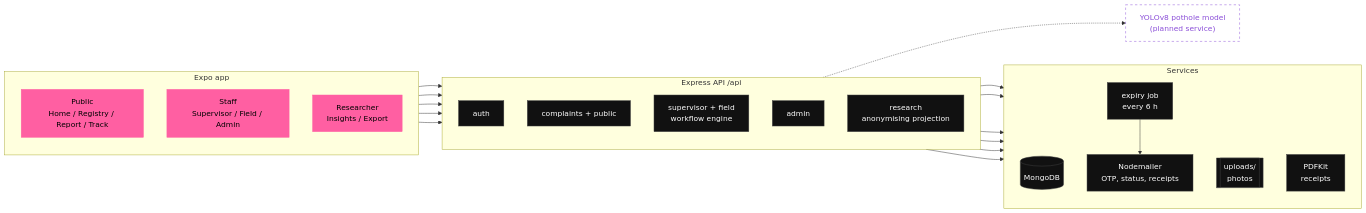
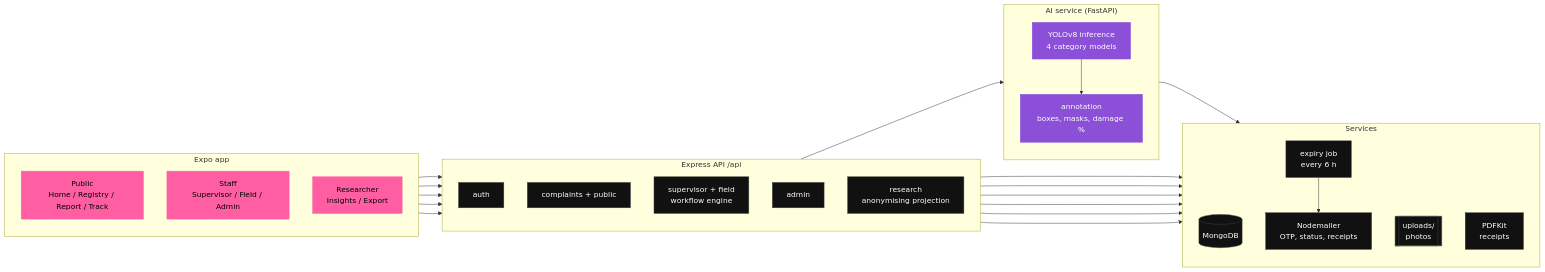
The second of 2 diagrams in README.md (pizzaparth/urbanfix), drawn with Mermaid before and after one commit. The commit also changed other lines of this file and 11 other files, not shown here.

````diff
--- a/README.md
+++ b/README.md
@@ -213,46 +236,52 @@
 ```mermaid
 flowchart LR
     subgraph Client["Expo app"]
         direction TB
         P["Public<br/>Home / Registry / Report / Track"]
         S["Staff<br/>Supervisor / Field / Admin"]
         R["Researcher<br/>Insights / Export"]
     end
 
     subgraph API["Express API  /api"]
         direction TB
         AU["auth"]
         CO["complaints + public"]
         WF["supervisor + field<br/>workflow engine"]
         AD["admin"]
         RS["research<br/>anonymising projection"]
     end
 
     subgraph Infra["Services"]
         direction TB
         DB[("MongoDB")]
         UP[["uploads/<br/>photos"]]
         ML["Nodemailer<br/>OTP, status, receipts"]
         PDF["PDFKit<br/>receipts"]
         JOB["expiry job<br/>every 6 h"]
     end
 
-    AI["YOLOv8 pothole model<br/>(planned service)"]
+    subgraph AIS["AI service  (FastAPI)"]
+        direction TB
+        AI["YOLOv8 inference<br/>4 category models"]
+        ANN["annotation<br/>boxes, masks, damage %"]
+    end
 
     P --> AU & CO
     S --> WF & AD
     R --> RS
     API --> DB
     CO & WF --> UP
     CO & WF --> ML
     WF --> PDF
     JOB --> ML
-    CO -.-> AI
+    CO --> AI
+    AI --> ANN
+    ANN --> UP
 
     classDef pink fill:#FF5FA2,stroke:#FF5FA2,color:#000
     classDef dark fill:#111,stroke:#444,color:#fff
-    classDef ghost fill:transparent,stroke:#8B4FD8,color:#8B4FD8,stroke-dasharray:5 5
+    classDef ai fill:#8B4FD8,stroke:#8B4FD8,color:#fff
     class P,S,R pink
     class AU,CO,WF,AD,RS,DB,UP,ML,PDF,JOB dark
-    class AI ghost
+    class AI,ANN ai
 ```
````
